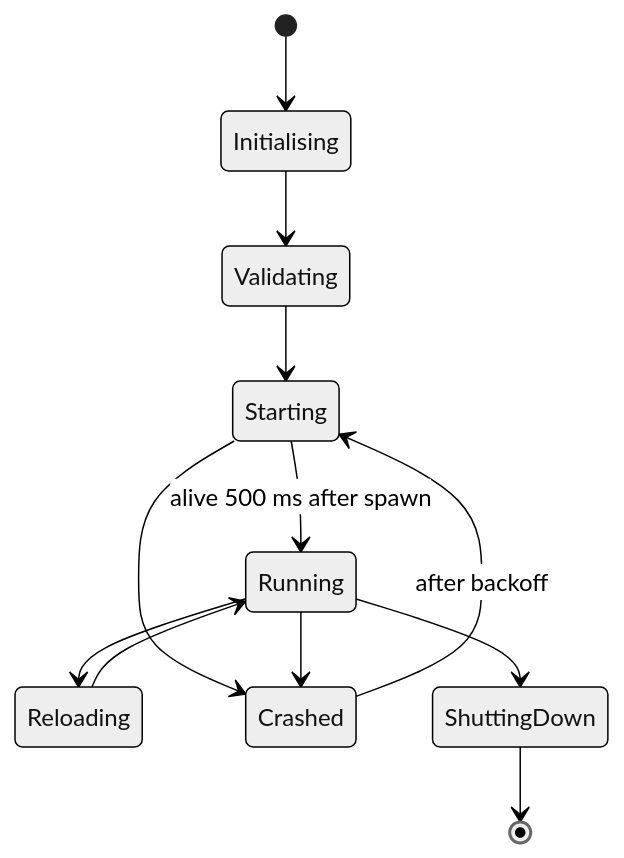
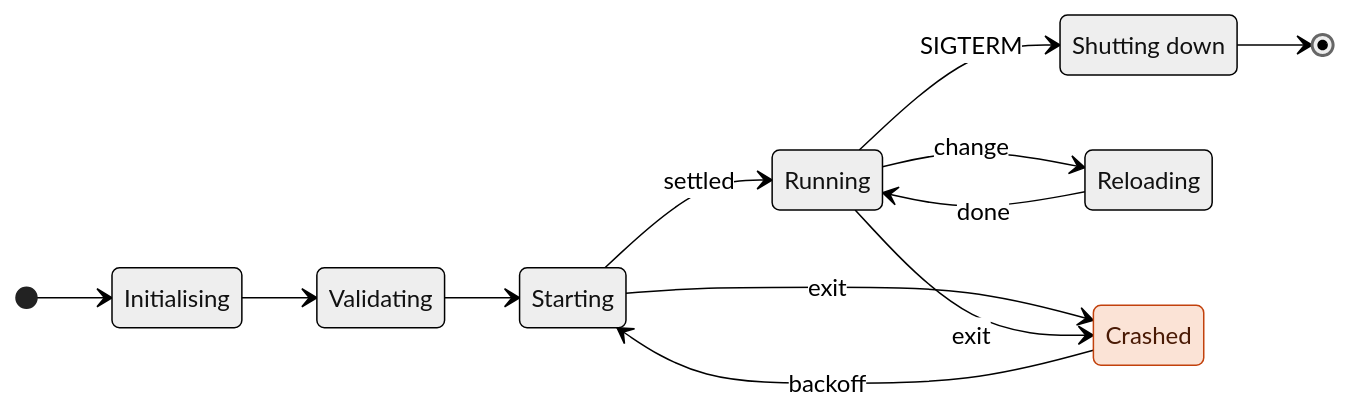
One commit to hyperi-io/dfe-transform-vector changed the diagram in docs/internals.md. Above: the diagram before and after it, drawn with Mermaid (neutral theme). The commit also changed other lines of this file and 14 other files, not shown here.

First line of the commit message:
docs(vector): correct claims and redraw the diagrams

````diff
--- a/docs/internals.md
+++ b/docs/internals.md
@@ -90,14 +94,20 @@
 ```mermaid
 stateDiagram-v2
+    direction LR
+    accTitle: L4 Detail -- Vector lifecycle
+    accDescr: The supervisor initialises and validates, then starts Vector. Vector is running once it is alive 500 ms after spawn, and a reload returns to running. A crash from starting or running waits out the backoff and starts again. Shutdown ends the lifecycle.
+    state "Shutting down" as ShuttingDown
     [*] --> Initialising
     Initialising --> Validating
     Validating --> Starting
-    Starting --> Running: alive 500 ms after spawn
-    Running --> Reloading
-    Reloading --> Running
-    Starting --> Crashed
-    Running --> Crashed
-    Crashed --> Starting: after backoff
-    Running --> ShuttingDown
+    Starting --> Running: settled
+    Running --> Reloading: change
+    Reloading --> Running: done
+    Starting --> Crashed: exit
+    Running --> Crashed: exit
+    Crashed --> Starting: backoff
+    Running --> ShuttingDown: SIGTERM
     ShuttingDown --> [*]
+    classDef error fill:#FBE3D6,stroke:#C2410C,stroke-width:1px,color:#4A1A05
+    class Crashed error
 ```
````
